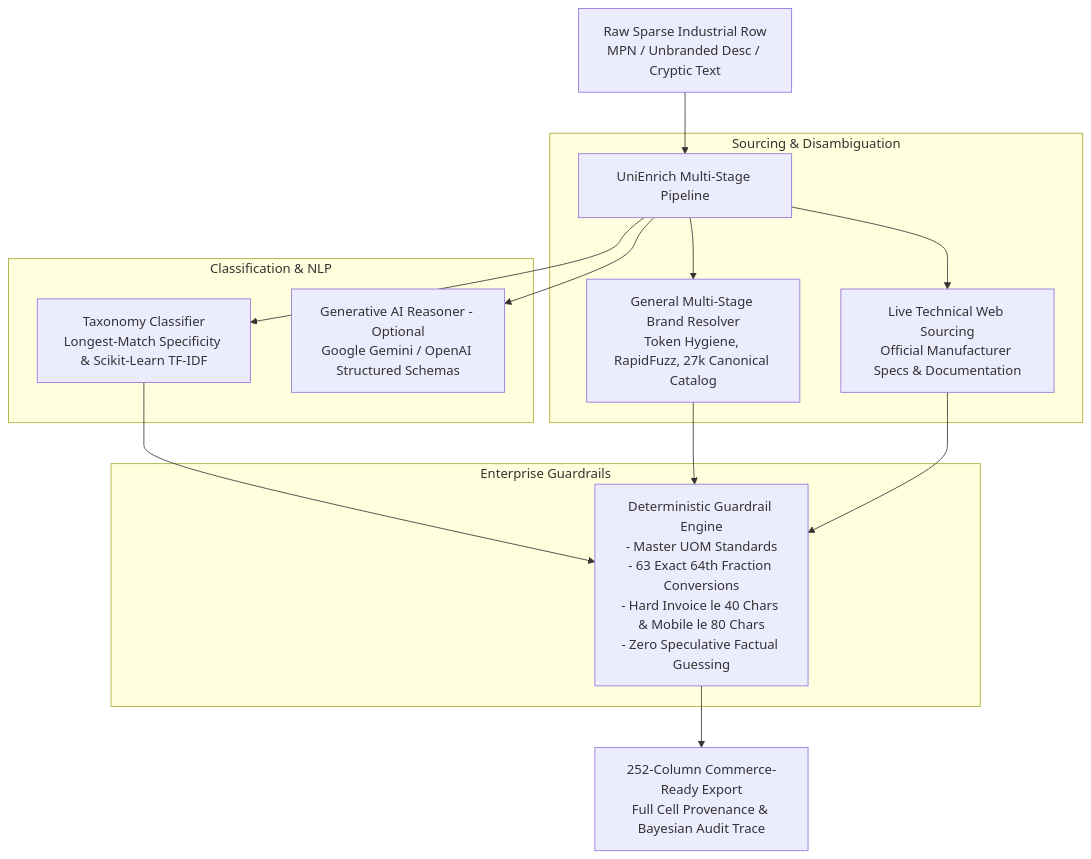
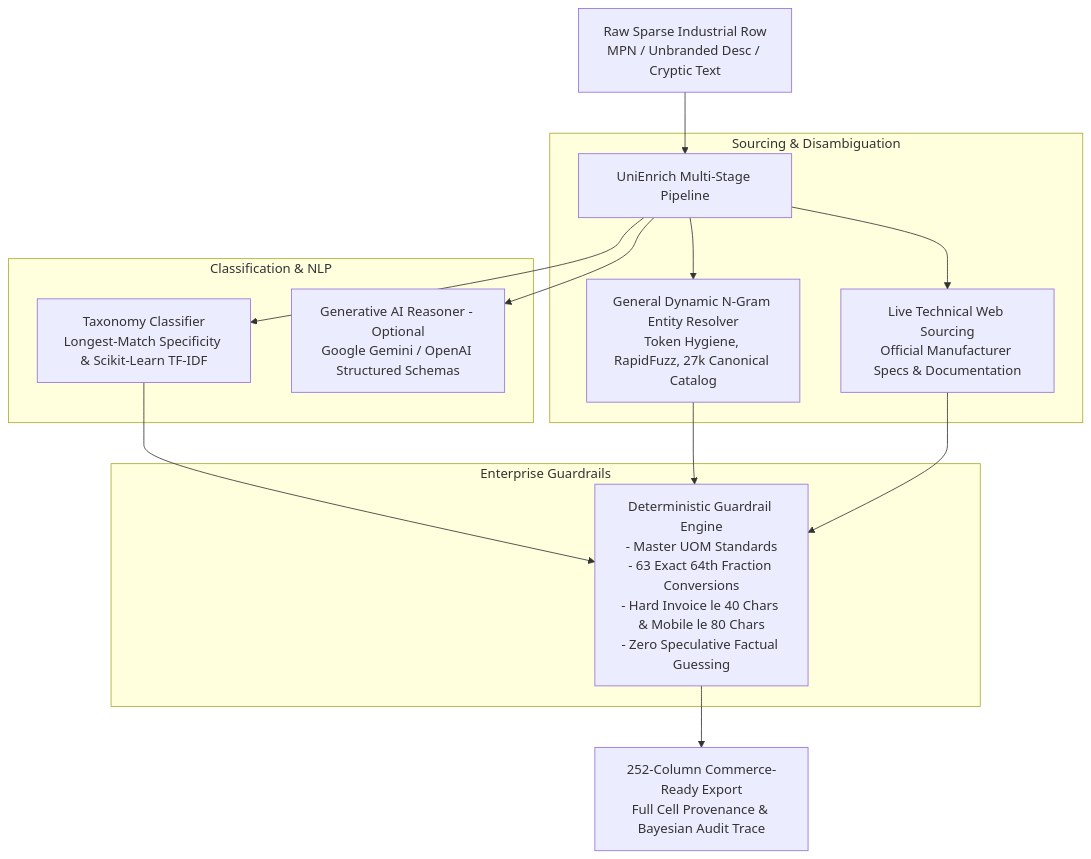
Before and after one commit to aarushipujari/UniEnrich: the diagram in README.md, drawn with Mermaid. The commit also changed other lines of this file and 3 other files, not shown here.

Commit message:
refactor: Eliminate circular brand family list, implement dynamic N-gram catalog resolution, and generate genuine 200-item held-out evaluation suite

````diff
--- a/README.md
+++ b/README.md
@@ -9,22 +9,22 @@
 ```mermaid
 flowchart TD
     Raw["Raw Sparse Industrial Row<br/>MPN / Unbranded Desc / Cryptic Text"] --> Hybrid["UniEnrich Multi-Stage Pipeline"]
     
     subgraph Sourcing["Sourcing & Disambiguation"]
         Hybrid --> Web["Live Technical Web Sourcing<br/>Official Manufacturer Specs & Documentation"]
-        Hybrid --> Brand["General Multi-Stage Brand Resolver<br/>Token Hygiene, RapidFuzz, 27k Canonical Catalog"]
+        Hybrid --> Brand["General Dynamic N-Gram Entity Resolver<br/>Token Hygiene, RapidFuzz, 27k Canonical Catalog"]
     end
     
     subgraph NLP["Classification & NLP"]
         Hybrid --> Tax["Taxonomy Classifier<br/>Longest-Match Specificity & Scikit-Learn TF-IDF"]
         Hybrid --> LLM["Generative AI Reasoner - Optional<br/>Google Gemini / OpenAI Structured Schemas"]
     end
     
     subgraph GuardrailsArea["Enterprise Guardrails"]
         Tax --> Guardrails["Deterministic Guardrail Engine<br/>- Master UOM Standards<br/>- 63 Exact 64th Fraction Conversions<br/>- Hard Invoice le 40 Chars & Mobile le 80 Chars<br/>- Zero Speculative Factual Guessing"]
         Brand --> Guardrails
         Web --> Guardrails
     end
     
     Guardrails --> Output["252-Column Commerce-Ready Export<br/>Full Cell Provenance & Bayesian Audit Trace"]
 ```
````
